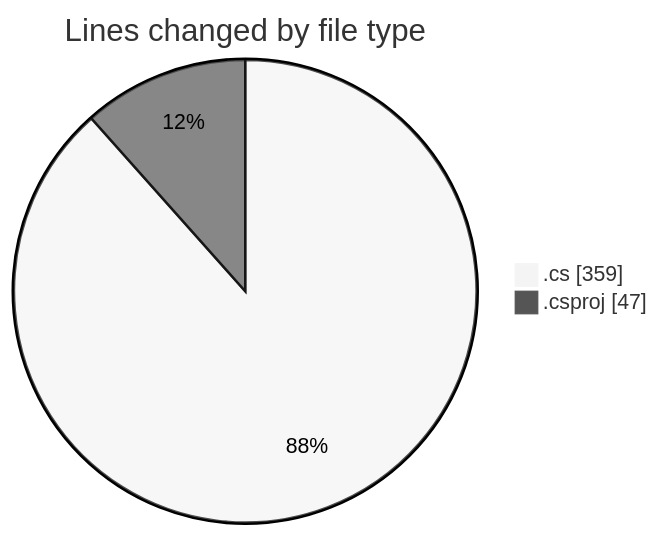
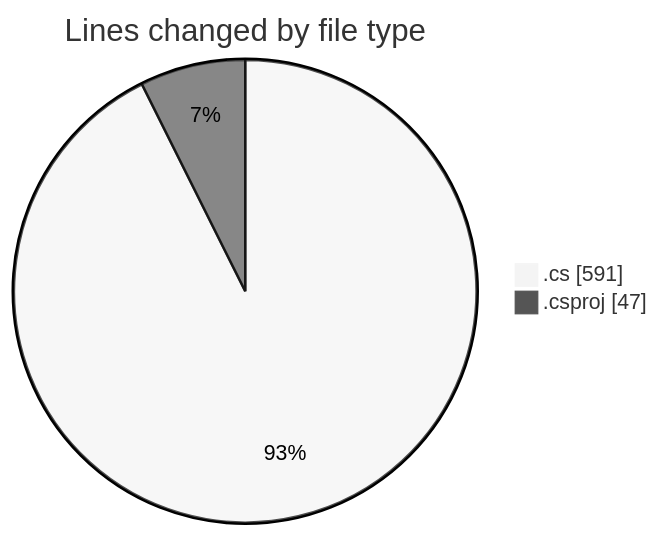
Before and after one commit to Netris89/code-tracking: the first of 2 diagrams in 2025-04-09/back-end/README.md, drawn with Mermaid (neutral theme). The commit also changed other lines of this file and 1 other file, not shown here.

````diff
--- a/2025-04-09/back-end/README.md
+++ b/2025-04-09/back-end/README.md
@@ -22,6 +22,6 @@
 ```mermaid
 pie showData
 title Lines changed by file type
-".cs" : 359
+".cs" : 591
 ".csproj" : 47
 ```
````
